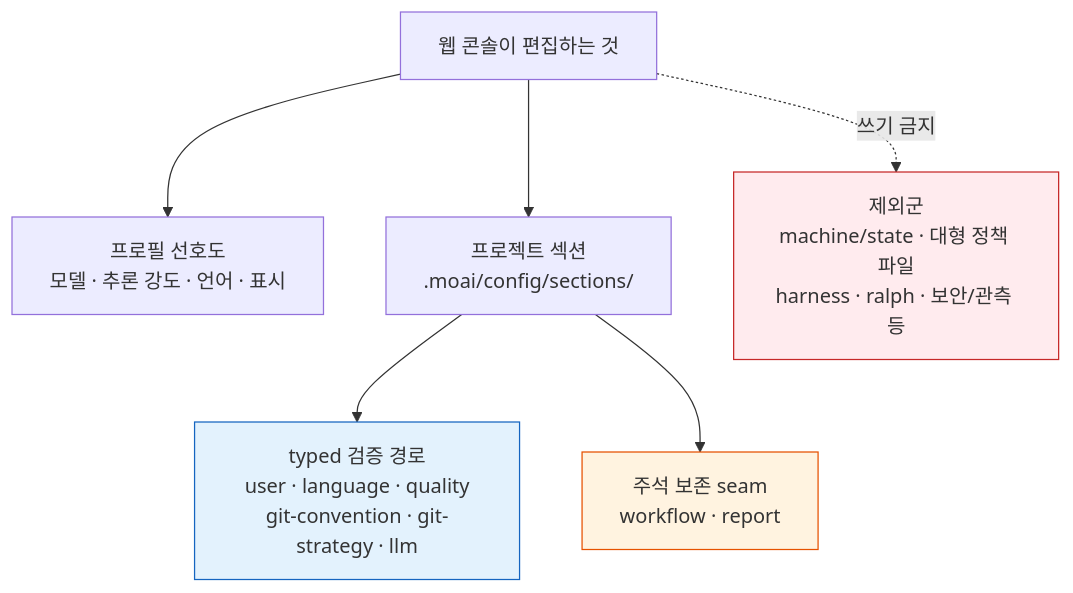
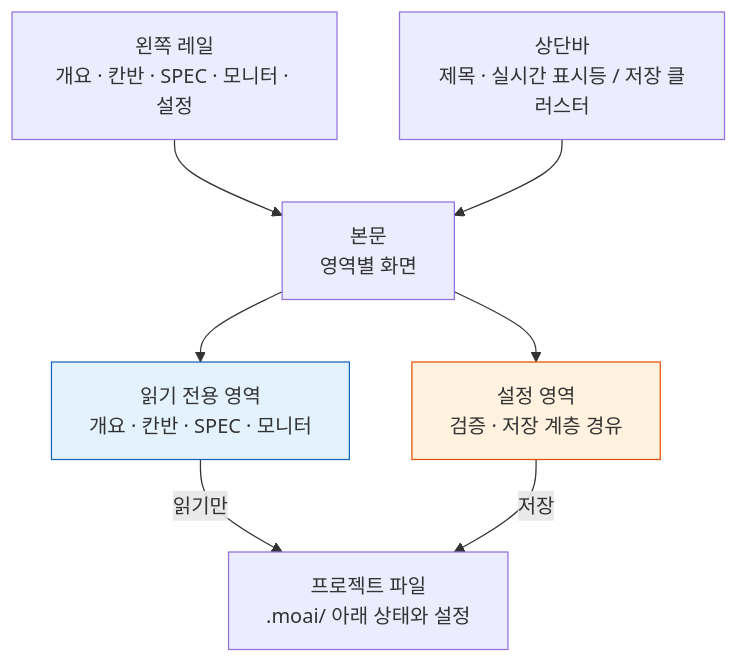
Before and after one commit to modu-ai/moai-adk: the diagram in docs-site/content/ko/advanced/moai-web-console.md, drawn with Mermaid. The commit also changed other lines of this file and 26 other files, not shown here.

````diff
--- a/docs-site/content/ko/advanced/moai-web-console.md
+++ b/docs-site/content/ko/advanced/moai-web-console.md
@@ -63,16 +31,19 @@
 ```mermaid
 flowchart TD
-    Root["웹 콘솔이 편집하는 것"]
+    Rail["왼쪽 레일<br/>개요 · 칸반 · SPEC · 모니터 · 설정"]
+    Top["상단바<br/>제목 · 실시간 표시등 / 저장 클러스터"]
+    Body["본문<br/>영역별 화면"]
+    Read["읽기 전용 영역<br/>개요 · 칸반 · SPEC · 모니터"]
+    Write["설정 영역<br/>검증 · 저장 계층 경유"]
+    Files["프로젝트 파일<br/>.moai/ 아래 상태와 설정"]
 
-    Root --> Profile["프로필 선호도<br/>모델 · 추론 강도 · 언어 · 표시"]
-    Root --> Project["프로젝트 섹션<br/>.moai/config/sections/"]
+    Rail --> Body
+    Top --> Body
+    Body --> Read
+    Body --> Write
+    Read -->|읽기만| Files
+    Write -->|저장| Files
 
-    Project --> Typed["typed 검증 경로<br/>user · language · quality<br/>git-convention · git-strategy · llm"]
-    Project --> Seam["주석 보존 seam<br/>workflow · report"]
-
-    Root -.쓰기 금지.-> Excluded["제외군<br/>machine/state · 대형 정책 파일<br/>harness · ralph · 보안/관측 등"]
-
-    style Typed fill:#E3F2FD,stroke:#1565C0
-    style Seam fill:#FFF3E0,stroke:#E65100
-    style Excluded fill:#FFEBEE,stroke:#C62828
+    style Read fill:#E3F2FD,stroke:#1565C0
+    style Write fill:#FFF3E0,stroke:#E65100
 ```
````
